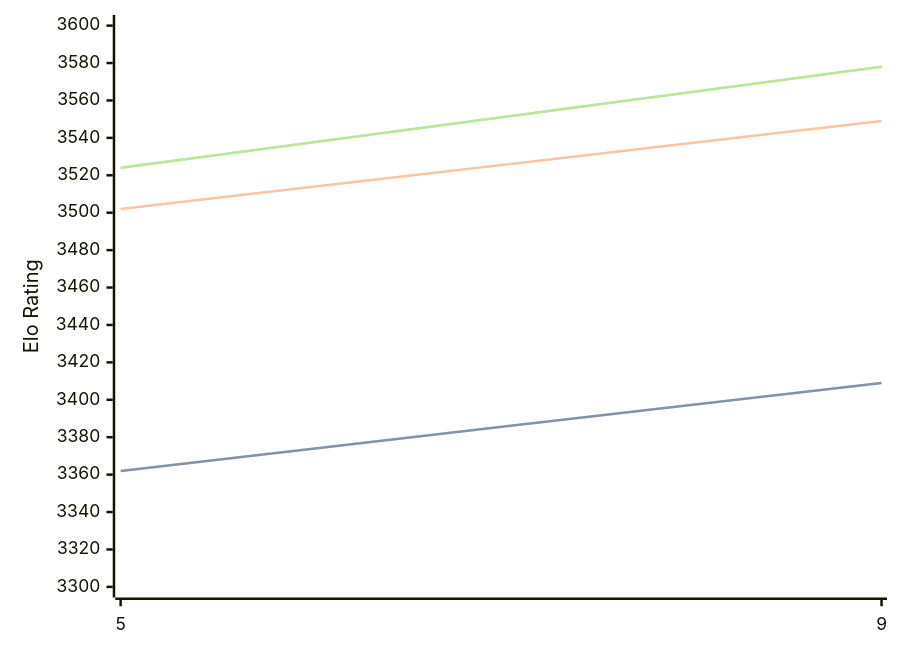
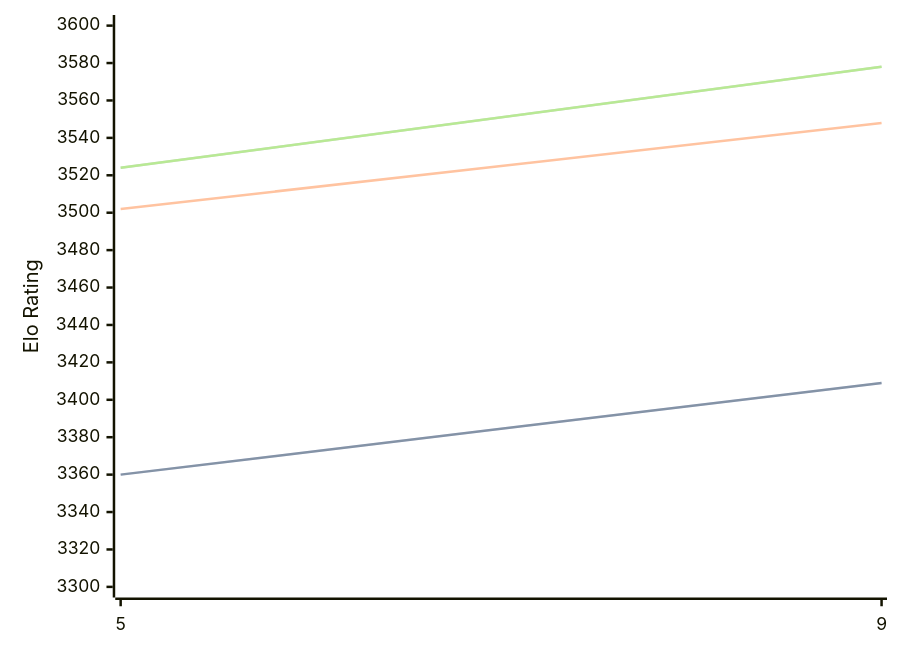
One commit to computer-chess-index/cci changed the diagram in engines/Crystal.md. Above: the diagram before and after it, drawn with Mermaid. The commit also changed other lines of this file, not shown here.

````diff
--- a/engines/Crystal.md
+++ b/engines/Crystal.md
@@ -60,11 +60,11 @@
 ```mermaid
 %%{init: {"theme":"base","themeVariables":{"seriesColors:['#a3a3a3','#222221','#faa371']}}}%%
 xychart-beta
   x-axis ["5", "9"]
   y-axis "Elo Rating" 3300 --> 3600
-  line "STC (8.0+0.08s)" [3362, 3409]
-  line "STC (8.0+0.08s)" [3362, 3409]
-  line "LTC (60.0+0.60s)" [3502, 3549]
+  line "STC (8.0+0.08s)" [3360, 3409]
+  line "STC (8.0+0.08s)" [3360, 3409]
+  line "LTC (60.0+0.60s)" [3502, 3548]
   line "VLTC (2m24s+1.12s)" [3524, 3578]
   line "VLTC (2m24s+1.12s)" [3524, 3578]
 ```
````
